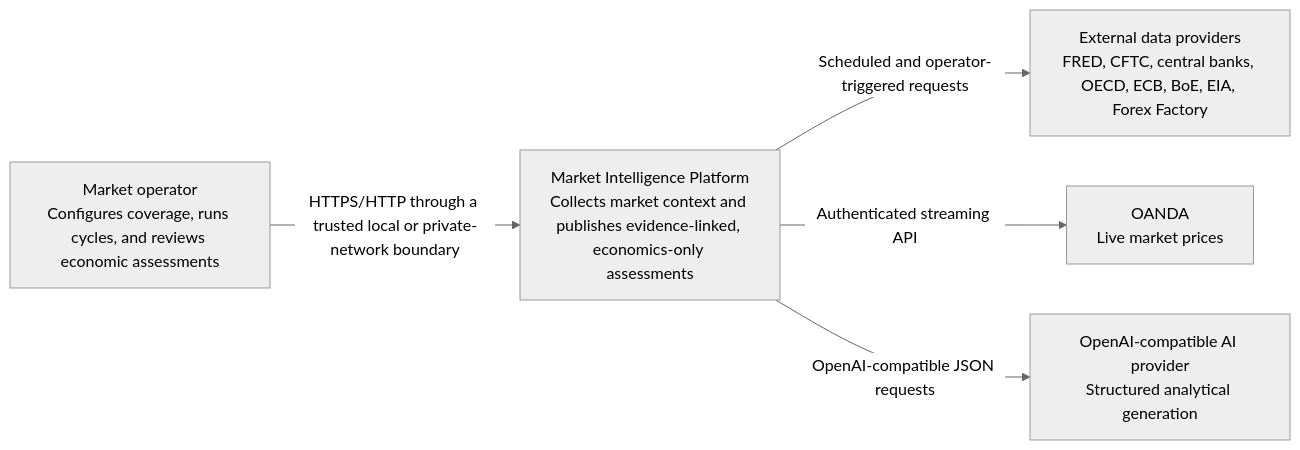
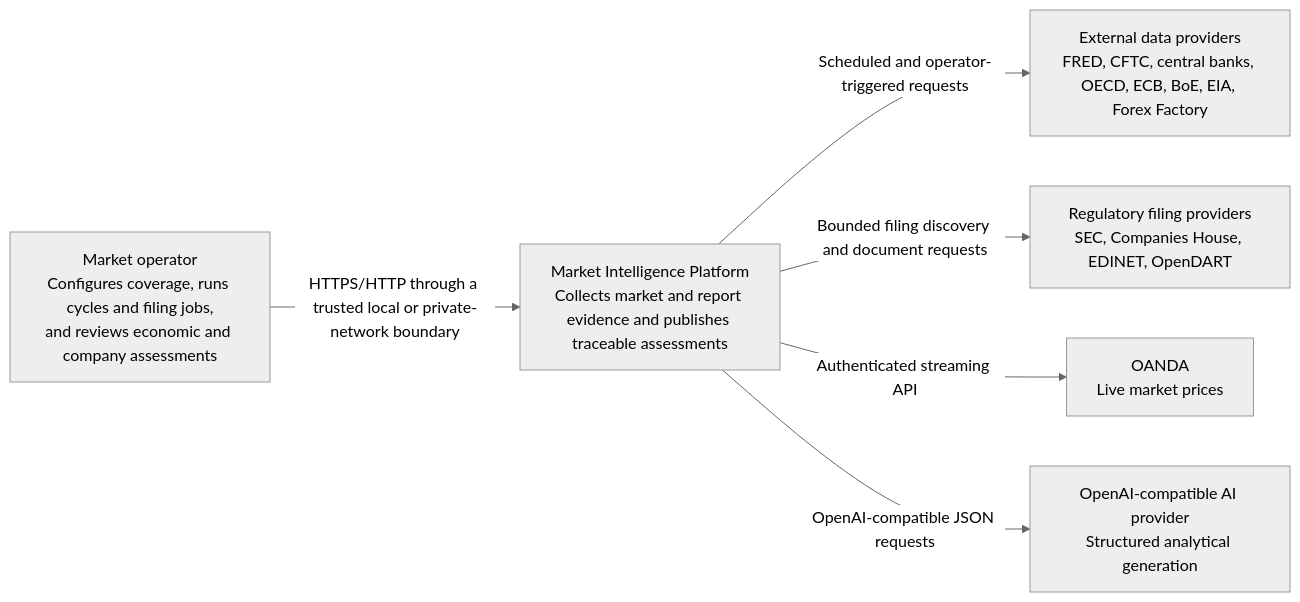
One commit to cpu23/trading-data-platform changed the first of 8 diagrams in docs/architecture/c4-model.md. Above: the diagram before and after it, drawn with Mermaid (neutral theme). The commit also changed other lines of this file and 8 other files, not shown here.

````diff
--- a/docs/architecture/c4-model.md
+++ b/docs/architecture/c4-model.md
@@ -12,13 +12,15 @@
 ```mermaid
 flowchart LR
-    Operator["Market operator<br/>Configures coverage, runs cycles, and reviews economic assessments"]
-    Platform["Market Intelligence Platform<br/>Collects market context and publishes evidence-linked, economics-only assessments"]
+    Operator["Market operator<br/>Configures coverage, runs cycles and filing jobs,<br/>and reviews economic and company assessments"]
+    Platform["Market Intelligence Platform<br/>Collects market and report evidence and publishes traceable assessments"]
     Data["External data providers<br/>FRED, CFTC, central banks, OECD, ECB, BoE, EIA, Forex Factory"]
+    Filings["Regulatory filing providers<br/>SEC, Companies House, EDINET, OpenDART"]
     Oanda["OANDA<br/>Live market prices"]
     AI["OpenAI-compatible AI provider<br/>Structured analytical generation"]
 
     Operator -->|"HTTPS/HTTP through a trusted local or private-network boundary"| Platform
     Platform -->|"Scheduled and operator-triggered requests"| Data
+    Platform -->|"Bounded filing discovery and document requests"| Filings
     Platform -->|"Authenticated streaming API"| Oanda
     Platform -->|"OpenAI-compatible JSON requests"| AI
 ```
````
